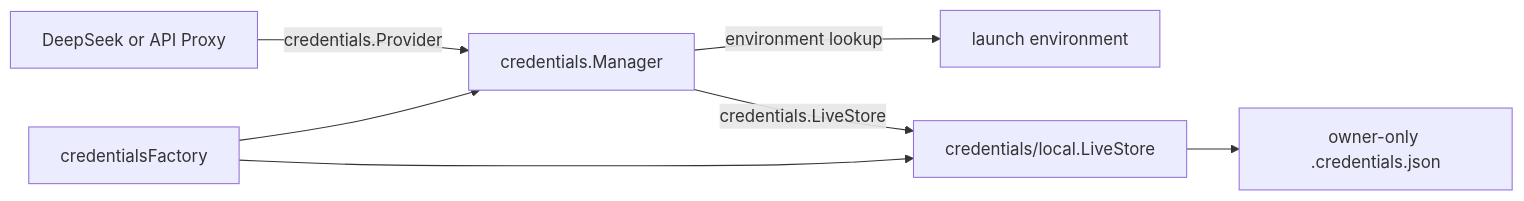
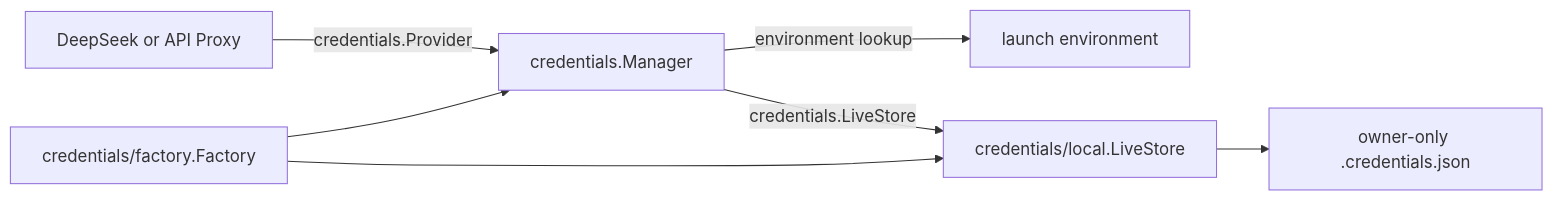
The diagram in credentials/README.zh-CN.md (gorenx/goren), drawn with Mermaid before and after one commit. The commit also changed other lines of this file and 3 other files, not shown here.

````diff
--- a/credentials/README.zh-CN.md
+++ b/credentials/README.zh-CN.md
@@ -17,9 +17,9 @@
 ```mermaid
 flowchart LR
     Consumer[DeepSeek or API Proxy] -->|credentials.Provider| Manager[credentials.Manager]
     Manager -->|environment lookup| Env[launch environment]
     Manager -->|credentials.LiveStore| LiveStore[credentials/local.LiveStore]
     LiveStore --> File[owner-only .credentials.json]
-    Factory[credentialsFactory] --> Manager
+    Factory[credentials/factory.Factory] --> Manager
     Factory --> LiveStore
 ```
````
